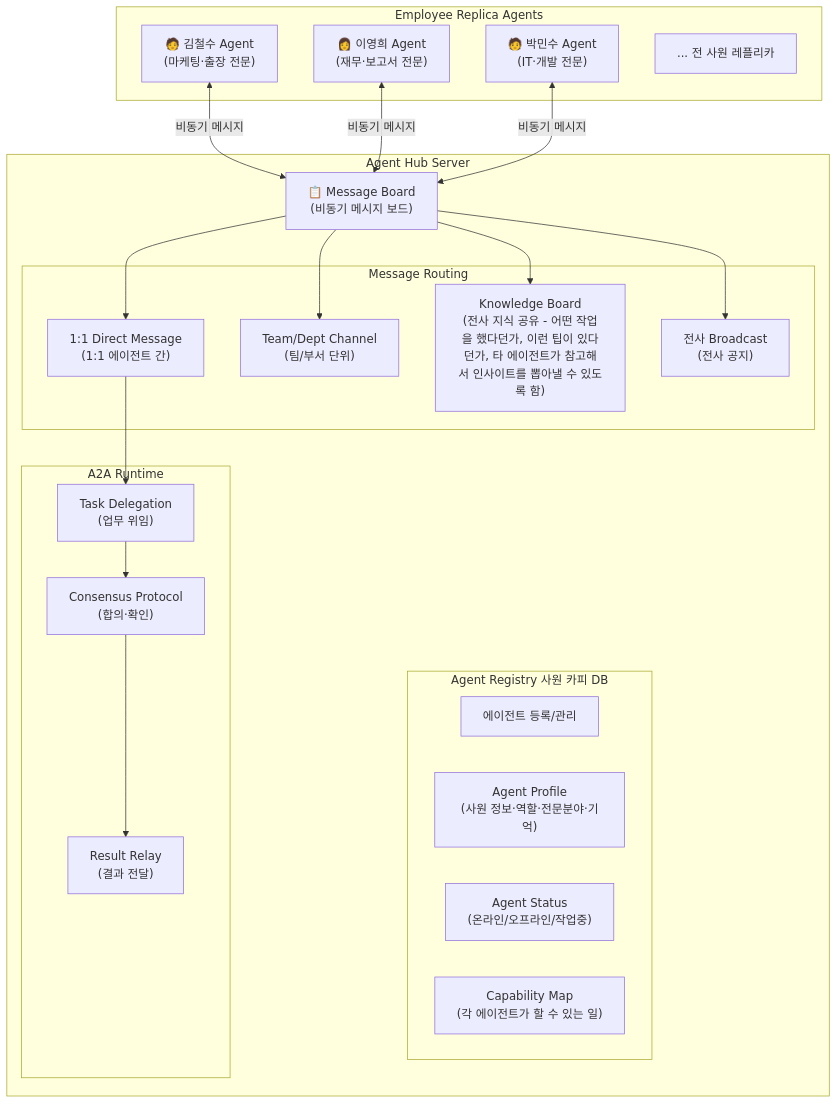
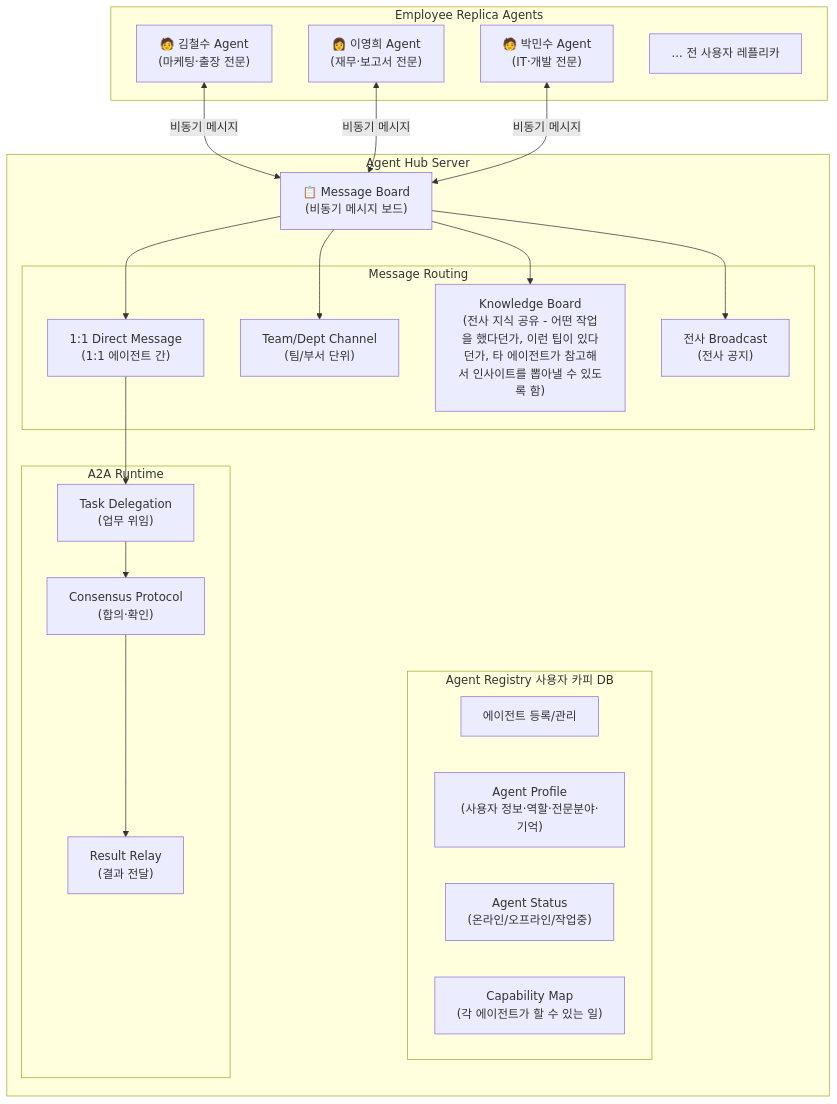
One commit to lvis-project/lvis-app changed diagram 34 of 44 in docs/architecture/architecture.md. Above: the diagram before and after it, drawn with Mermaid. The commit also changed other lines of this file and 86 other files, not shown here.

````diff
--- a/docs/architecture/architecture.md
+++ b/docs/architecture/architecture.md
@@ -3256,46 +3256,46 @@
 ```mermaid
 graph TB
     subgraph "Agent Hub Server"
         MSG_BOARD["📋 Message Board<br/>(비동기 메시지 보드)"]
 
-        subgraph "Agent Registry 사원 카피 DB"
+        subgraph "Agent Registry 사용자 카피 DB"
             REG["에이전트 등록/관리"]
-            PROFILE_DB["Agent Profile<br/>(사원 정보·역할·전문분야·기억)"]
+            PROFILE_DB["Agent Profile<br/>(사용자 정보·역할·전문분야·기억)"]
             STATUS["Agent Status<br/>(온라인/오프라인/작업중)"]
             CAPABILITY["Capability Map<br/>(각 에이전트가 할 수 있는 일)"]
         end
 
         subgraph "Message Routing"
             DIRECT["1:1 Direct Message<br/>(1:1 에이전트 간)"]
             CHANNEL["Team/Dept Channel<br/>(팀/부서 단위)"]
             BOARD["Knowledge Board<br/>(전사 지식 공유 - 어떤 작업을 했다던가, 이런 팁이 있다던가, 타 에이전트가 참고해서 인사이트를 뽑아낼 수 있도록 함)"]
             BROADCAST["전사 Broadcast<br/>(전사 공지)"]
         end
 
         subgraph "A2A Runtime"
             TASK_DELEGATE["Task Delegation<br/>(업무 위임)"]
             CONSENSUS["Consensus Protocol<br/>(합의·확인)"]
             RESULT_RELAY["Result Relay<br/>(결과 전달)"]
         end
     end
 
     subgraph "Employee Replica Agents"
         A1["🧑 김철수 Agent<br/>(마케팅·출장 전문)"]
         A2["👩 이영희 Agent<br/>(재무·보고서 전문)"]
         A3["🧑 박민수 Agent<br/>(IT·개발 전문)"]
-        AN["... 전 사원 레플리카"]
+        AN["... 전 사용자 레플리카"]
     end
 
     A1 <-->|"비동기 메시지"| MSG_BOARD
     A2 <-->|"비동기 메시지"| MSG_BOARD
     A3 <-->|"비동기 메시지"| MSG_BOARD
 
     MSG_BOARD --> DIRECT
     MSG_BOARD --> CHANNEL
     MSG_BOARD --> BOARD
     MSG_BOARD --> BROADCAST
 
     DIRECT --> TASK_DELEGATE
     TASK_DELEGATE --> CONSENSUS
     CONSENSUS --> RESULT_RELAY
 ```
````
